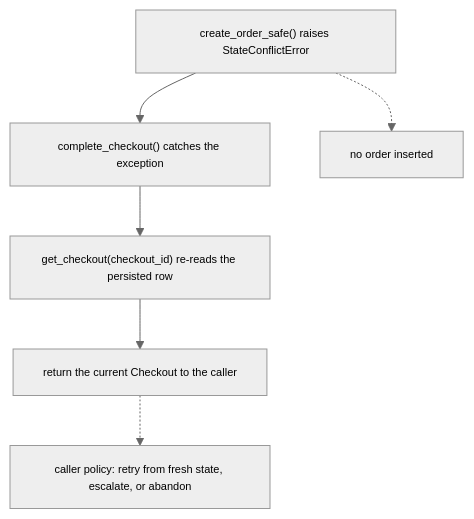
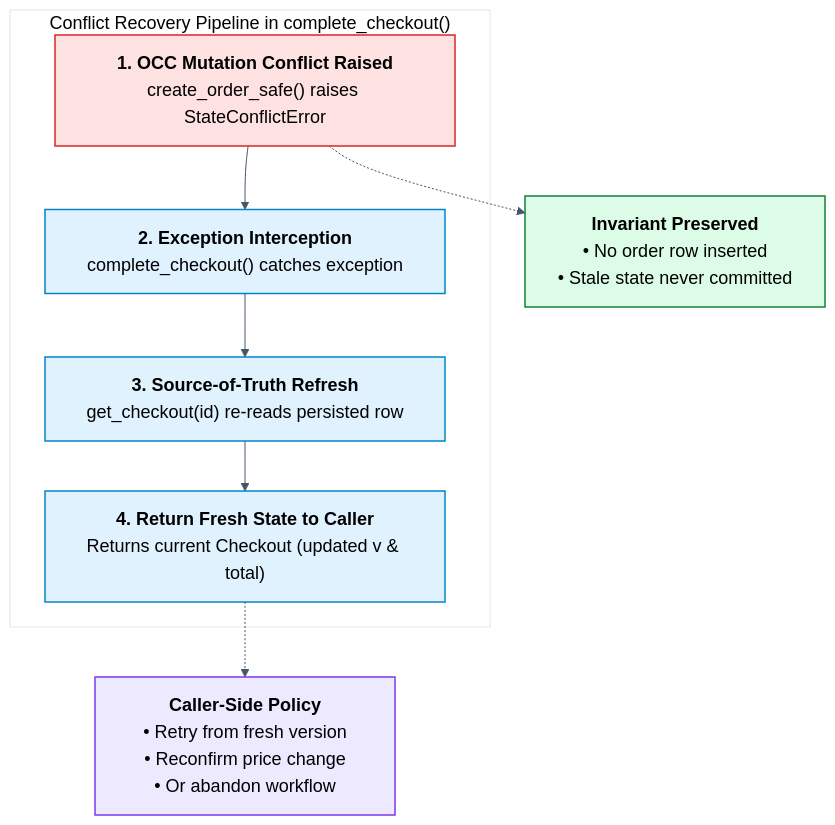
One commit to the-write-path-code/ch11-13-ucp-a2a-payment-integrity changed diagram 14 of 14 in docs/architecture/system_design.md. Above: the diagram before and after it, drawn with Mermaid. The commit also changed other lines of this file and 1 other file, not shown here.

Commit message:
docs(ch13): synchronize production mermaid diagrams for Figures 13.1-13.4

````diff
--- a/docs/architecture/system_design.md
+++ b/docs/architecture/system_design.md
@@ -460,9 +506,30 @@
 ```mermaid
-%%{init: {"theme": "neutral", "themeVariables": {"fontFamily": "Arial, Helvetica, sans-serif", "fontSize": "11px", "actorFontSize": "11px", "noteFontSize": "10px", "messageFontSize": "10px"}}}%%
+%%{init: {"theme": "base", "themeVariables": {"fontFamily": "Arial, Helvetica, sans-serif", "fontSize": "18px", "primaryColor": "#F8FAFC", "primaryBorderColor": "#0284C7", "primaryTextColor": "#000000", "lineColor": "#475569"}}}%%
 flowchart TD
-    A["create_order_safe() raises StateConflictError"] --> B["complete_checkout() catches the exception"]
-    B --> C["get_checkout(checkout_id) re-reads the persisted row"]
-    C --> D["return the current Checkout to the caller"]
-    A -.-> E["no order inserted"]
-    D -.-> F["caller policy: retry from fresh state, escalate, or abandon"]
+    subgraph Flow ["Conflict Recovery Pipeline in complete_checkout()"]
+        A["<div style='min-width: 340px;'><b>1. OCC Mutation Conflict Raised</b><br/>create_order_safe() raises StateConflictError</div>"]
+        B["<div style='min-width: 340px;'><b>2. Exception Interception</b><br/>complete_checkout() catches exception</div>"]
+        C["<div style='min-width: 340px;'><b>3. Source-of-Truth Refresh</b><br/>get_checkout(id) re-reads persisted row</div>"]
+        D["<div style='min-width: 340px;'><b>4. Return Fresh State to Caller</b><br/>Returns current Checkout (updated v & total)</div>"]
+
+        A --> B
+        B --> C
+        C --> D
+    end
+
+    Safe["<div style='min-width: 240px;'><b>Invariant Preserved</b><br/>&bull; No order row inserted<br/>&bull; Stale state never committed</div>"]
+    Policy["<div style='min-width: 240px;'><b>Caller-Side Policy</b><br/>&bull; Retry from fresh version<br/>&bull; Reconfirm price change<br/>&bull; Or abandon workflow</div>"]
+
+    A -.-> Safe
+    D -.-> Policy
+
+    classDef reject fill:#FEE2E2,stroke:#DC2626,color:#000000,stroke-width:1.5px
+    classDef service fill:#E0F2FE,stroke:#0284C7,color:#000000,stroke-width:1.5px
+    classDef safe fill:#DCFCE7,stroke:#15803D,color:#000000,stroke-width:1.5px
+    classDef policy fill:#EDE9FE,stroke:#7C3AED,color:#000000,stroke-width:1.5px
+
+    class A reject
+    class B,C,D service
+    class Safe safe
+    class Policy policy
 ```
````
